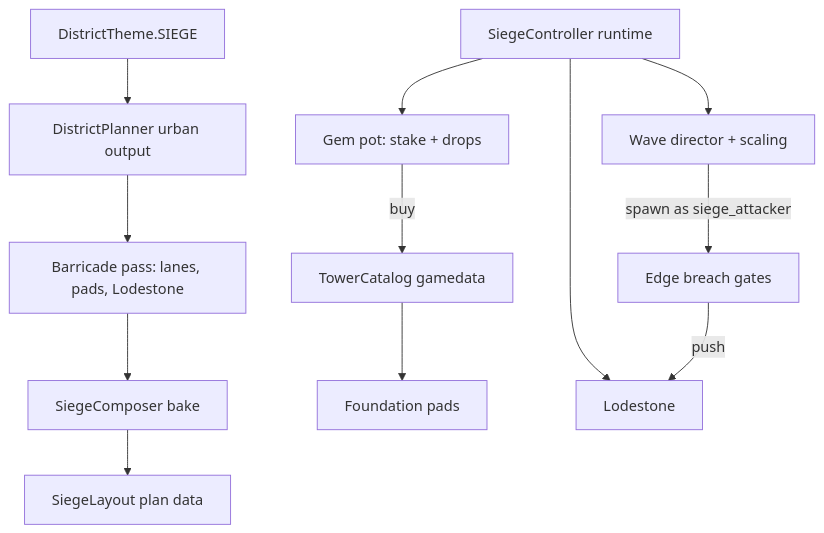
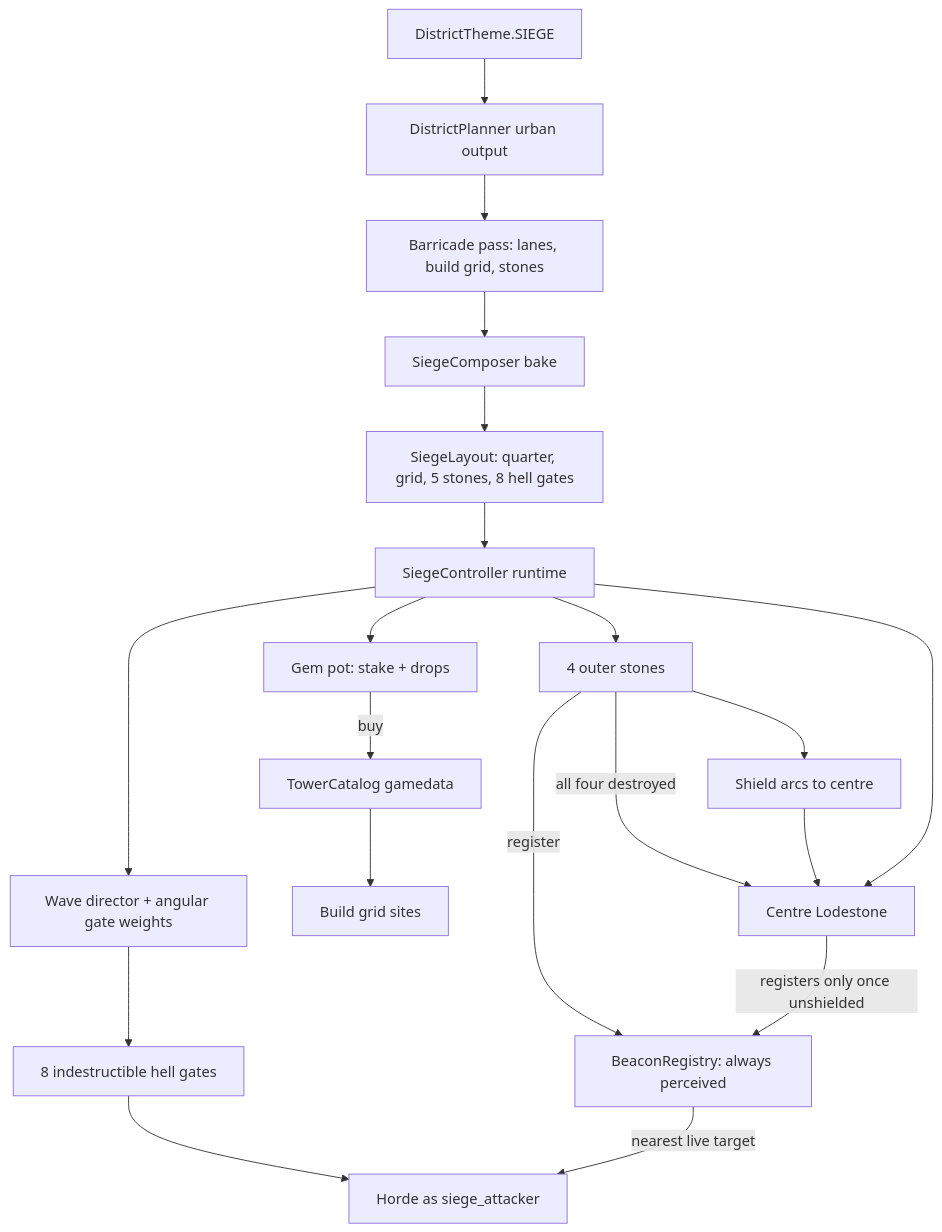
The diagram in .cursor/plans/siege_district.plan.md (ArndRosemeier/City), drawn with Mermaid before and after one commit. The commit also changed other lines of this file and 42 other files, not shown here.

First line of the commit message:
Guard the Siege Lodestone with four outer stones and hell gates.

````diff
--- a/.cursor/plans/siege_district.plan.md
+++ b/.cursor/plans/siege_district.plan.md
@@ -72,21 +127,30 @@
 ```mermaid
 flowchart TD
   theme[DistrictTheme.SIEGE]
   planner[DistrictPlanner urban output]
-  barricade[Barricade pass: lanes, pads, Lodestone]
+  barricade[Barricade pass: lanes, build grid, stones]
   composer[SiegeComposer bake]
-  layout[SiegeLayout plan data]
+  layout[SiegeLayout: quarter, grid, 5 stones, 8 hell gates]
   runtime[SiegeController runtime]
   pot[Gem pot: stake + drops]
-  waves[Wave director + scaling]
+  waves[Wave director + angular gate weights]
   towers[TowerCatalog gamedata]
-  pads[Foundation pads]
-  lode[Lodestone]
-  theme --> planner --> barricade --> composer --> layout
-  runtime --> waves
+  grid[Build grid sites]
+  lode[Centre Lodestone]
+  outer[4 outer stones]
+  beacons[BeaconRegistry: always perceived]
+  hell[8 indestructible hell gates]
+  horde[Horde as siege_attacker]
+  arcs[Shield arcs to centre]
+  theme --> planner --> barricade --> composer --> layout --> runtime
+  runtime --> waves --> hell --> horde
   runtime --> pot
+  runtime --> outer
   runtime --> lode
-  pot -->|buy| towers --> pads
-  waves -->|spawn as siege_attacker| gates[Edge breach gates]
-  gates -->|push| lode
+  outer -->|register| beacons
+  lode -->|registers only once unshielded| beacons
+  beacons -->|nearest live target| horde
+  outer -->|all four destroyed| lode
+  outer --> arcs --> lode
+  pot -->|buy| towers --> grid
 ```
````
